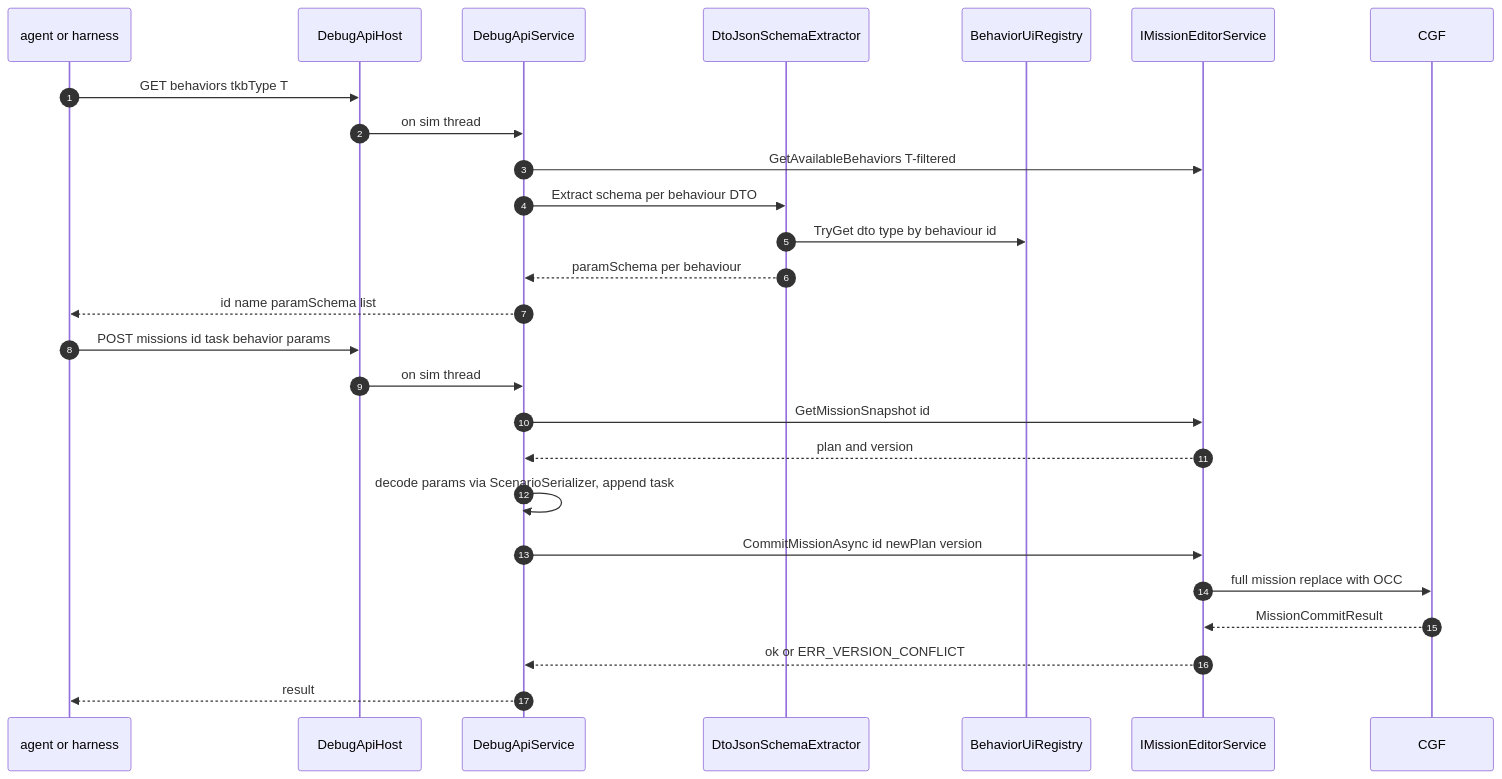
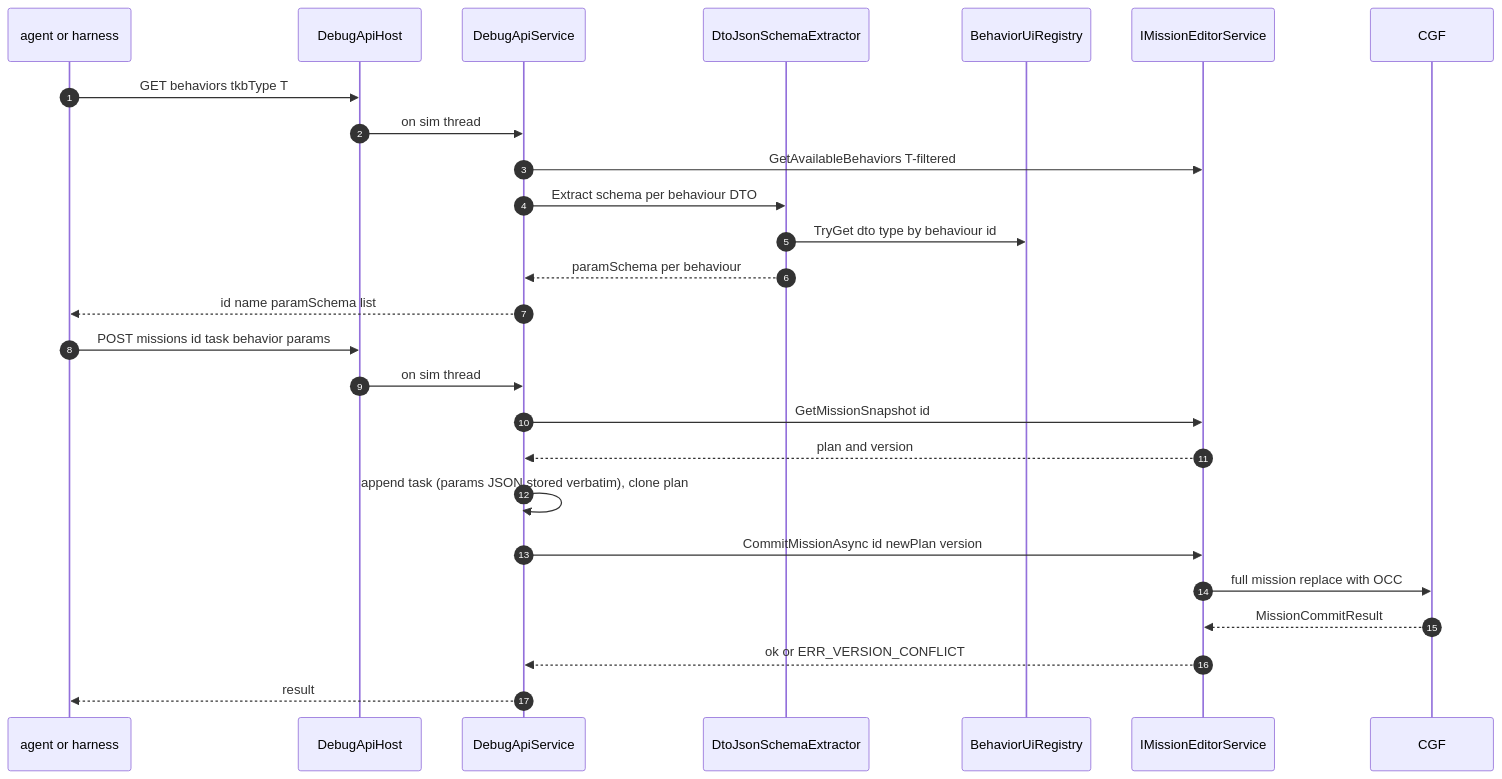
One commit to pjanec/HROT changed the fourth of 4 diagrams in docs/MCP_Integration.md. Above: the diagram before and after it, drawn with Mermaid. The commit also changed other lines of this file and 10 other files, not shown here.

````diff
--- a/docs/MCP_Integration.md
+++ b/docs/MCP_Integration.md
@@ -605,29 +605,29 @@
 ```mermaid
 sequenceDiagram
     autonumber
     participant AG as agent or harness
     participant H as DebugApiHost
     participant S as DebugApiService
     participant X as DtoJsonSchemaExtractor
     participant R as BehaviorUiRegistry
     participant M as IMissionEditorService
     participant CGF as CGF
 
     AG->>H: GET behaviors tkbType T
     H->>S: on sim thread
     S->>M: GetAvailableBehaviors T-filtered
     S->>X: Extract schema per behaviour DTO
     X->>R: TryGet dto type by behaviour id
     X-->>S: paramSchema per behaviour
     S-->>AG: id name paramSchema list
     AG->>H: POST missions id task behavior params
     H->>S: on sim thread
     S->>M: GetMissionSnapshot id
     M-->>S: plan and version
-    S->>S: decode params via ScenarioSerializer, append task
+    S->>S: append task (params JSON stored verbatim), clone plan
     S->>M: CommitMissionAsync id newPlan version
     M->>CGF: full mission replace with OCC
     CGF-->>M: MissionCommitResult
     M-->>S: ok or ERR_VERSION_CONFLICT
     S-->>AG: result
 ```
````
